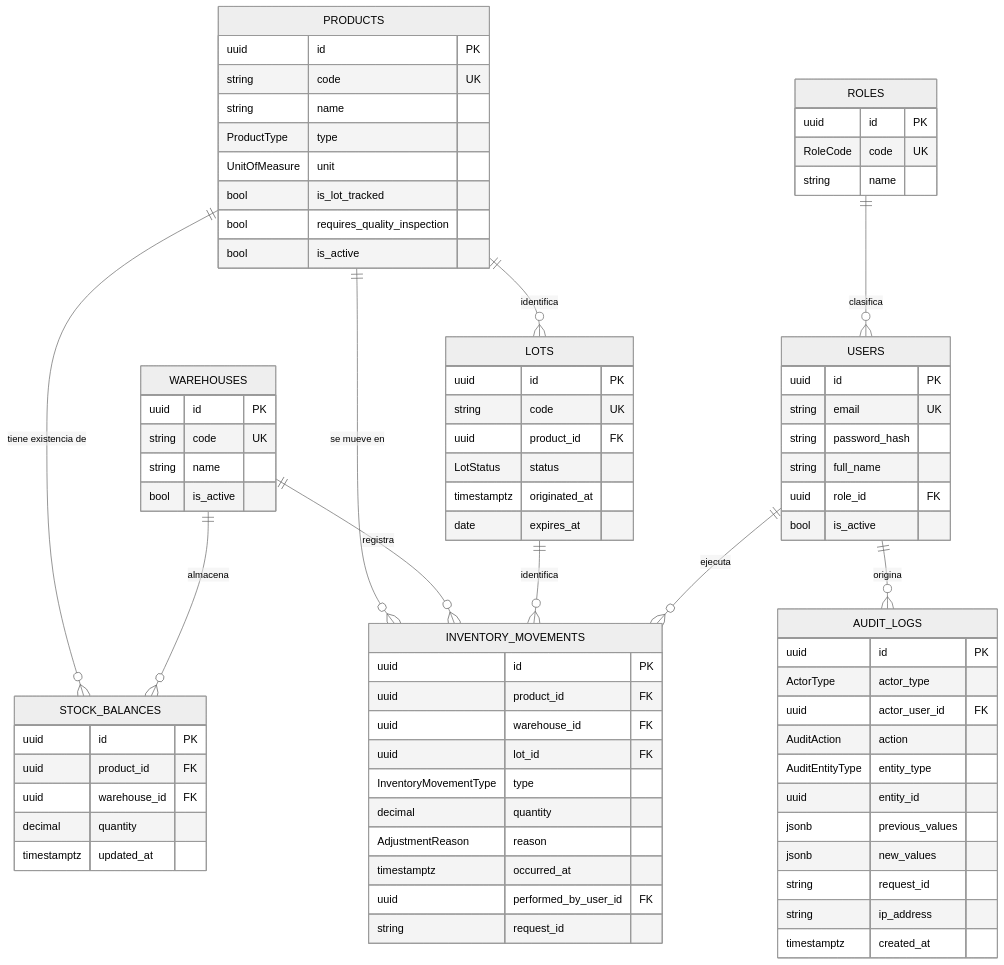
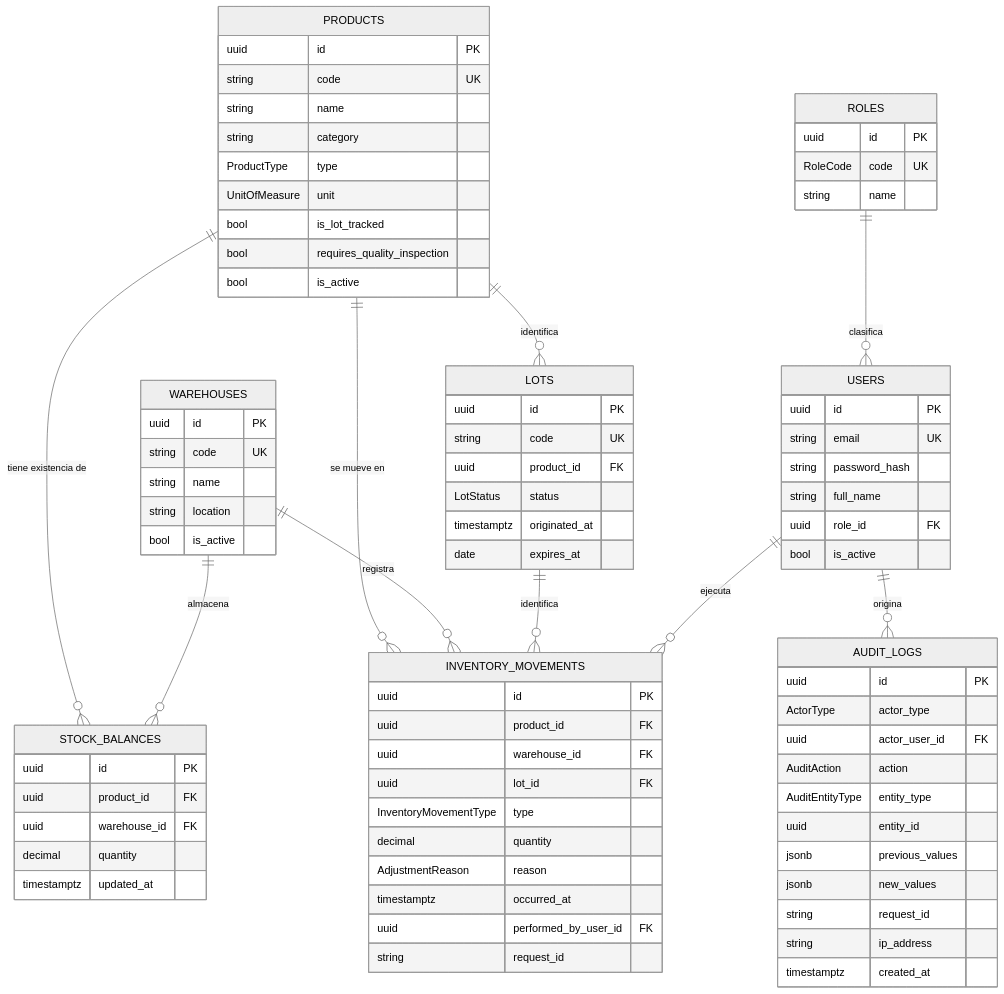
Before and after one commit to Luigui789/Manufactura: the first of 2 diagrams in docs/database.md, drawn with Mermaid (neutral theme). The commit also changed other lines of this file and 5 other files, not shown here.

```diff
--- a/docs/database.md
+++ b/docs/database.md
@@ -135,6 +136,7 @@
         uuid id PK
         string code UK
         string name
+        string category
         ProductType type
         UnitOfMeasure unit
         bool is_lot_tracked
@@ -145,6 +147,7 @@
         uuid id PK
         string code UK
         string name
+        string location
         bool is_active
     }
     LOTS {
```
